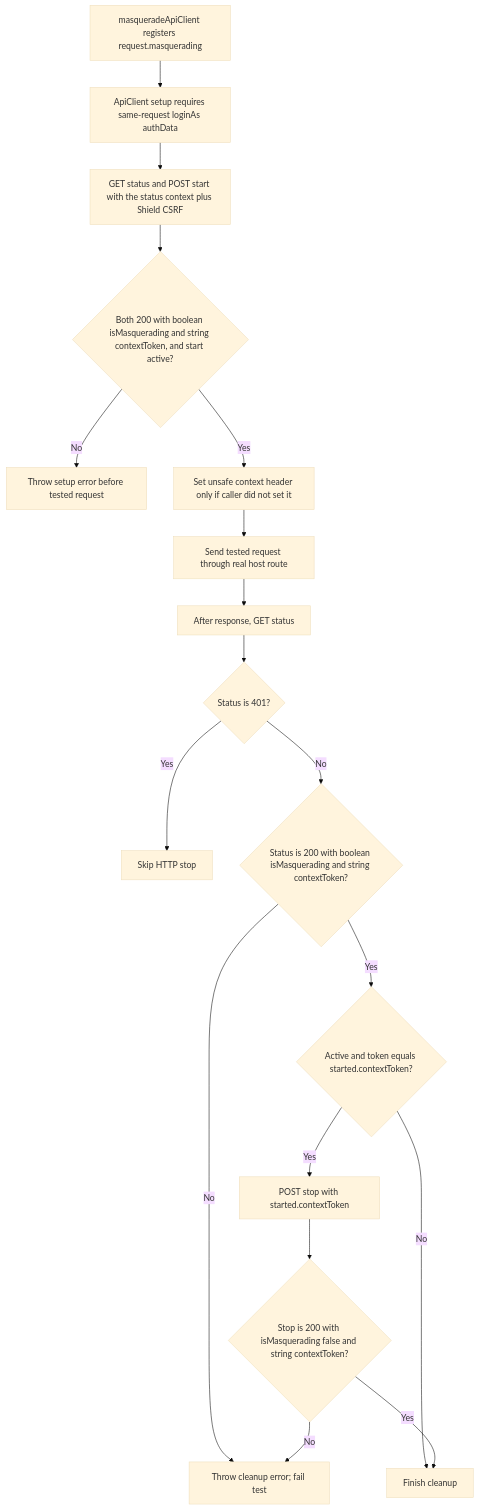
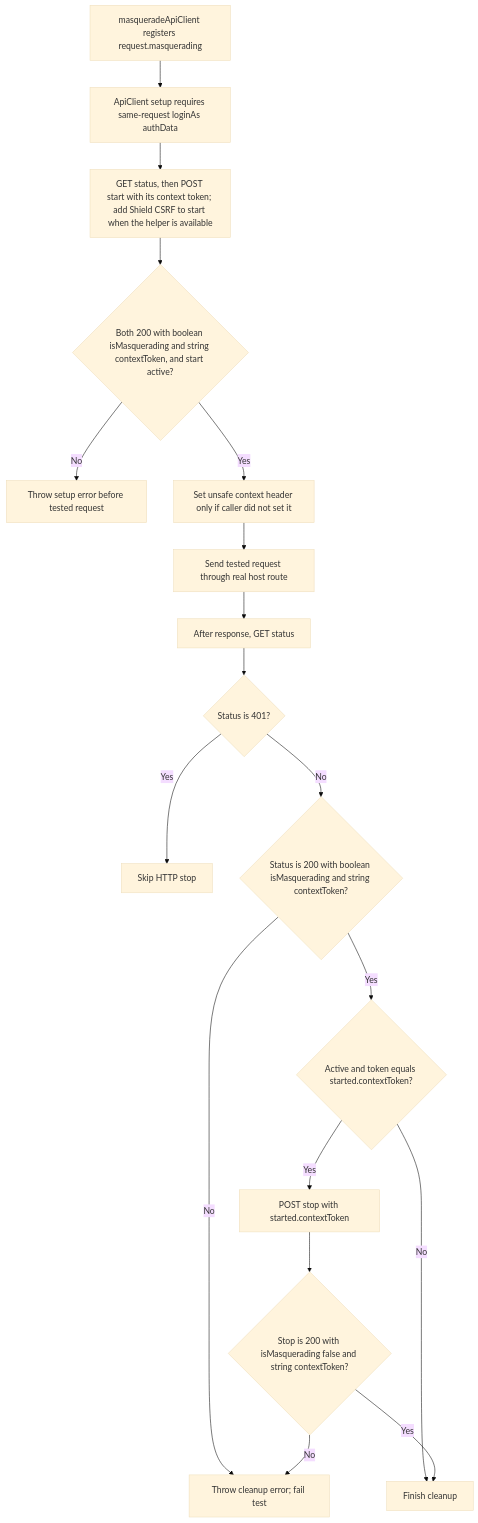
The second of 2 diagrams in user-stories/testing/us-testing-01-api-client-masquerading.md (Kevinjohn/oss-adonisjs-masquerade), drawn with Mermaid (base theme) before and after one commit. The commit also changed 6 other files, not shown here.

````diff
--- a/user-stories/testing/us-testing-01-api-client-masquerading.md
+++ b/user-stories/testing/us-testing-01-api-client-masquerading.md
@@ -45,20 +45,20 @@
 ```mermaid
 flowchart TD
  A["masqueradeApiClient registers request.masquerading"] --> B["ApiClient setup requires same-request loginAs authData"]
- B --> C["GET status and POST start with the status context plus Shield CSRF"]
+ B --> C["GET status, then POST start with its context token; add Shield CSRF to start when the helper is available"]
  C --> D{"Both 200 with boolean isMasquerading and string contextToken, and start active?"}
  D -->|No| E["Throw setup error before tested request"]
  D -->|Yes| F["Set unsafe context header only if caller did not set it"]
  F --> G["Send tested request through real host route"]
  G --> H["After response, GET status"]
  H --> I{"Status is 401?"}
  I -->|Yes| J["Skip HTTP stop"]
  I -->|No| V{"Status is 200 with boolean isMasquerading and string contextToken?"}
  V -->|No| X["Throw cleanup error; fail test"]
  V -->|Yes| K{"Active and token equals started.contextToken?"}
  K -->|No| L["Finish cleanup"]
  K -->|Yes| M["POST stop with started.contextToken"]
  M --> W{"Stop is 200 with isMasquerading false and string contextToken?"}
  W -->|No| X
  W -->|Yes| L
 ```
````
